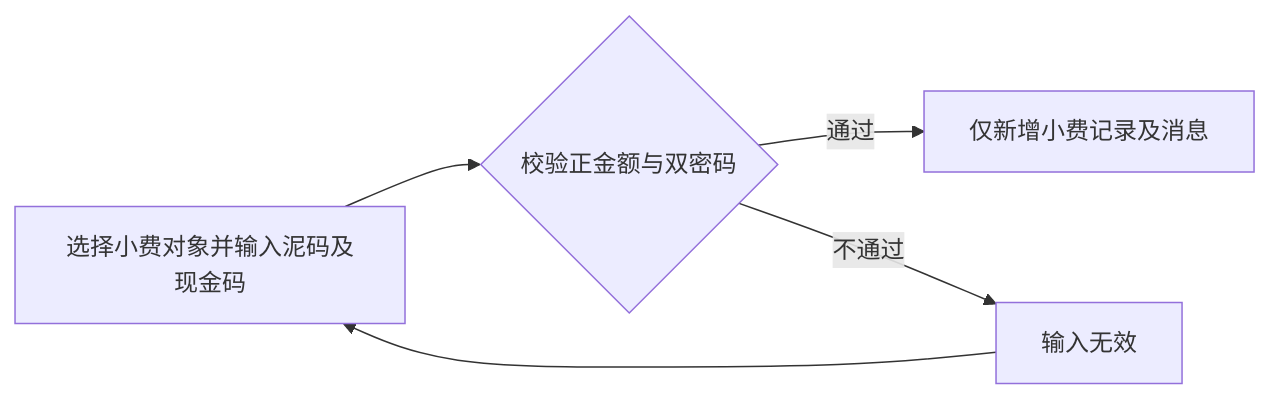
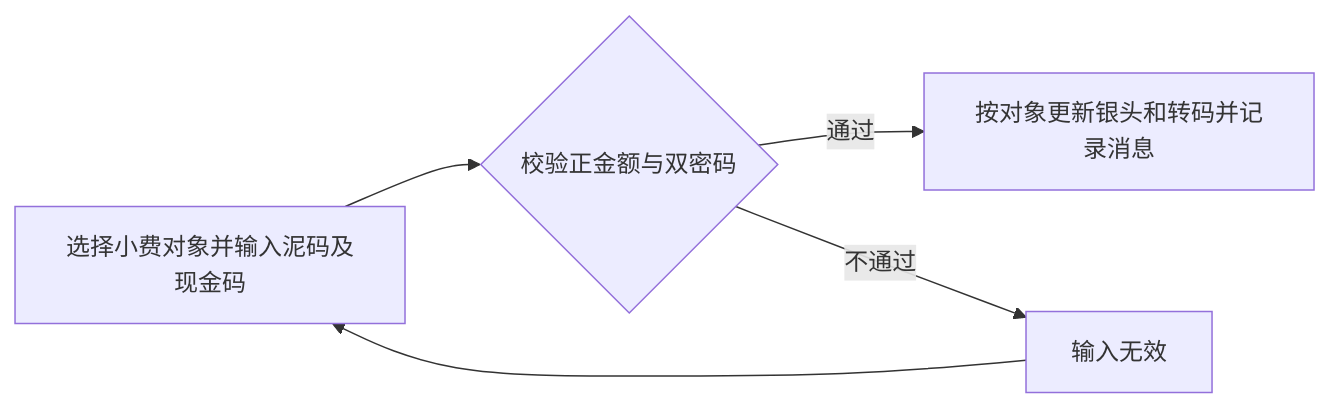
Before and after one commit to bala-luoluo/cashier-prototype: the eighth of 12 diagrams in docs/开工管理PRD/PRD_开工管理调整_20261031.md, drawn with Mermaid. The commit also changed other lines of this file and 4 other files, not shown here.

````diff
--- a/docs/开工管理PRD/PRD_开工管理调整_20261031.md
+++ b/docs/开工管理PRD/PRD_开工管理调整_20261031.md
@@ -200,7 +200,7 @@
 ```mermaid
 flowchart LR
  A["选择小费对象并输入泥码及现金码"] --> B{"校验正金额与双密码"}
- B -->|通过| C["仅新增小费记录及消息"]
+ B -->|通过| C["按对象更新银头和转码并记录消息"]
  B -->|不通过| D["输入无效"]
  D --> A
 ```
````
